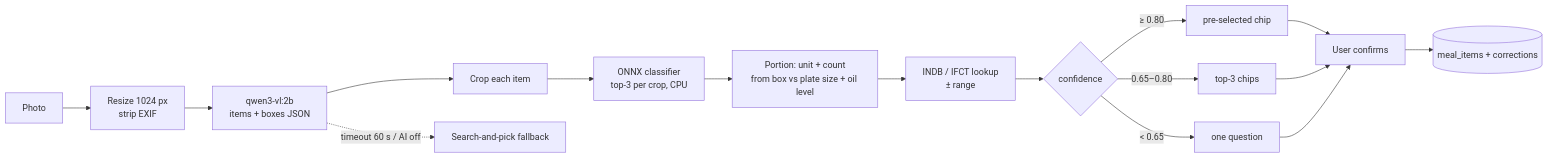
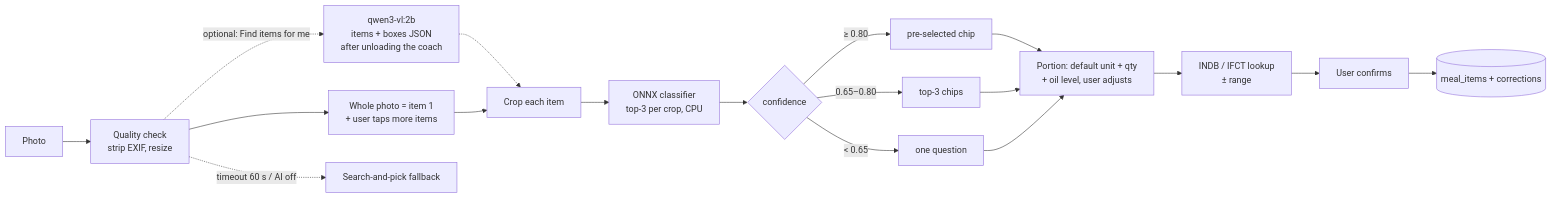
The third of 3 diagrams in docs/architecture/system-architecture.md (Lucifer-Newstar/Ascend), drawn with Mermaid before and after one commit. The commit also changed other lines of this file and 40 other files, not shown here.

````diff
--- a/docs/architecture/system-architecture.md
+++ b/docs/architecture/system-architecture.md
@@ -227,15 +235,17 @@
 ```mermaid
 flowchart LR
-    A[Photo] --> B[Resize 1024 px<br/>strip EXIF]
-    B --> C[qwen3-vl:2b<br/>items + boxes JSON]
+    A[Photo] --> B[Quality check<br/>strip EXIF, resize]
+    B --> C[Whole photo = item 1<br/>+ user taps more items]
+    B -. optional: Find items for me .-> V[qwen3-vl:2b<br/>items + boxes JSON<br/>after unloading the coach]
+    V -.-> D
     C --> D[Crop each item]
     D --> E[ONNX classifier<br/>top-3 per crop, CPU]
-    E --> F[Portion: unit + count<br/>from box vs plate size + oil level]
-    F --> G[INDB / IFCT lookup<br/>± range]
-    G --> H{confidence}
+    E --> H{confidence}
     H -->|≥ 0.80| I[pre-selected chip]
     H -->|0.65–0.80| J[top-3 chips]
     H -->|< 0.65| K[one question]
-    I & J & K --> L[User confirms] --> M[(meal_items + corrections)]
-    C -. timeout 60 s / AI off .-> N[Search-and-pick fallback]
+    I & J & K --> F[Portion: default unit + qty<br/>+ oil level, user adjusts]
+    F --> G[INDB / IFCT lookup<br/>± range]
+    G --> L[User confirms] --> M[(meal_items + corrections)]
+    B -. timeout 60 s / AI off .-> N[Search-and-pick fallback]
 ```
````
